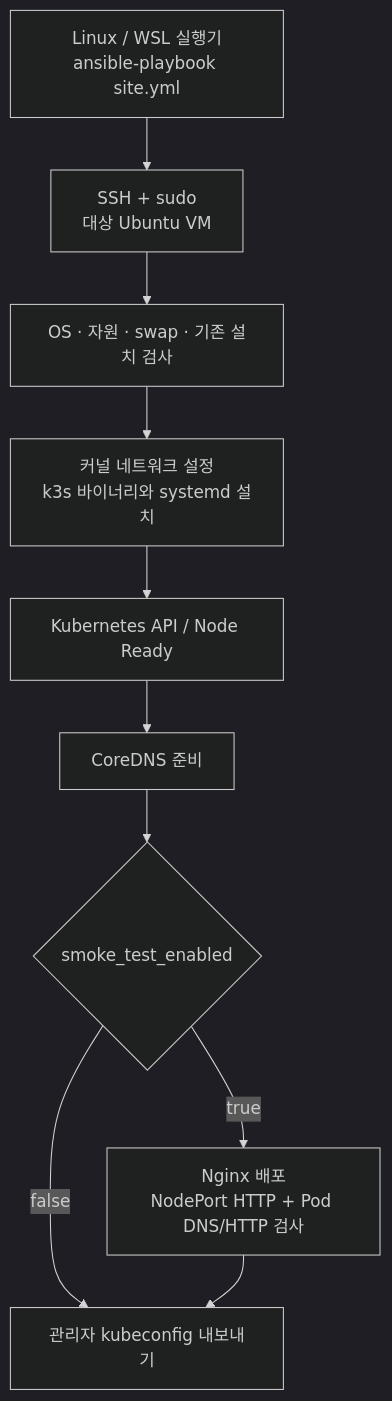
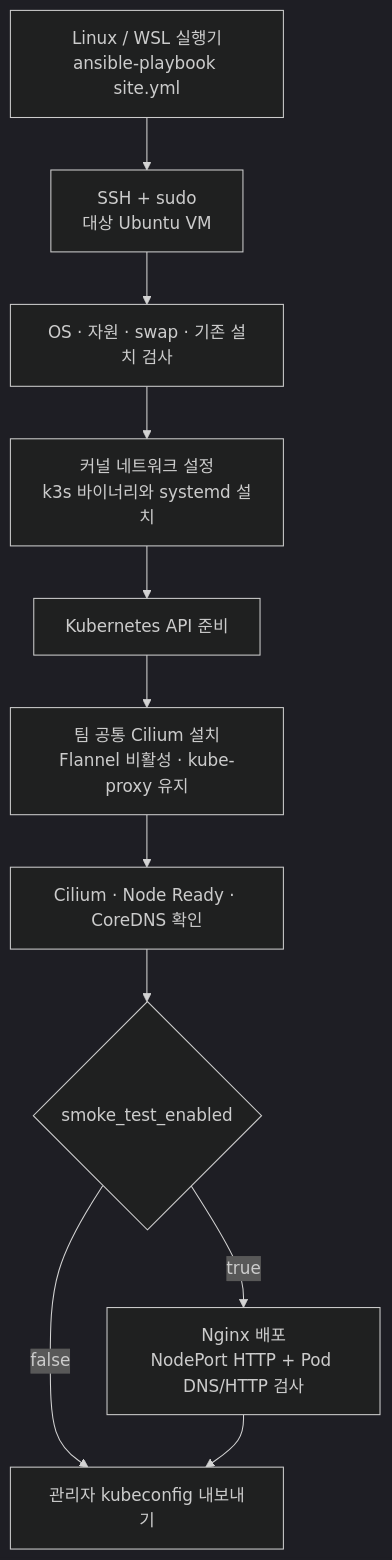
The diagram in infrastructure/ansible/README.md (Jasmin-Softbank/Railshot), drawn with Mermaid (dark theme) before and after one commit. The commit also changed other lines of this file and 7 other files, not shown here.

````diff
--- a/infrastructure/ansible/README.md
+++ b/infrastructure/ansible/README.md
@@ -22,12 +22,13 @@
 ```mermaid
 flowchart TD
     A["Linux / WSL 실행기<br/>ansible-playbook site.yml"] --> B["SSH + sudo<br/>대상 Ubuntu VM"]
     B --> C["OS · 자원 · swap · 기존 설치 검사"]
     C --> D["커널 네트워크 설정<br/>k3s 바이너리와 systemd 설치"]
-    D --> E["Kubernetes API / Node Ready"]
-    E --> F["CoreDNS 준비"]
+    D --> E["Kubernetes API 준비"]
+    E --> CNI["팀 공통 Cilium 설치<br/>Flannel 비활성 · kube-proxy 유지"]
+    CNI --> F["Cilium · Node Ready · CoreDNS 확인"]
     F --> G{"smoke_test_enabled"}
     G -->|true| H["Nginx 배포<br/>NodePort HTTP + Pod DNS/HTTP 검사"]
     G -->|false| I["관리자 kubeconfig 내보내기"]
     H --> I
 ```
````
